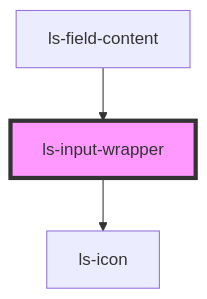
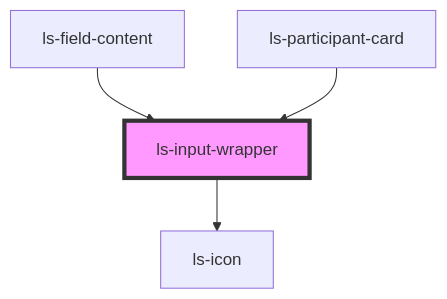
The diagram in src/components/ls-input-wrapper/readme.md (legalesign/ls-document-viewer), drawn with Mermaid before and after one commit. The commit also changed other lines of this file and 10 other files, not shown here.

````diff
--- a/src/components/ls-input-wrapper/readme.md
+++ b/src/components/ls-input-wrapper/readme.md
@@ -27,6 +28,7 @@
 ```mermaid
 graph TD;
   ls-input-wrapper --> ls-icon
   ls-field-content --> ls-input-wrapper
+  ls-participant-card --> ls-input-wrapper
   style ls-input-wrapper fill:#f9f,stroke:#333,stroke-width:4px
 ```
````
